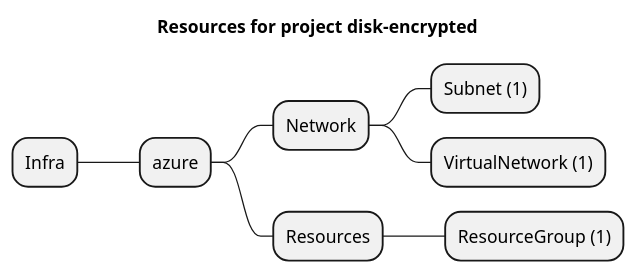
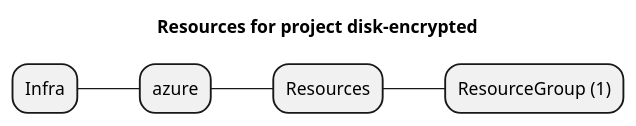
Before and after one commit to grucloud/grucloud: the diagram in examples/azure/Compute/disk-encrypted/artifacts/resources-mindmap.puml, drawn with PlantUML. The commit also changed 35 other files, not shown here.

Commit message:
update diagram svg

```diff
--- a/examples/azure/Compute/disk-encrypted/artifacts/resources-mindmap.puml
+++ b/examples/azure/Compute/disk-encrypted/artifacts/resources-mindmap.puml
@@ -1,11 +1,8 @@
 @startmindmap
 title Resources for project disk-encrypted
 skinparam monochrome true
 + Infra
 ++ azure
-+++ Network
-++++ Subnet (1)
-++++ VirtualNetwork (1)
 +++ Resources
 ++++ ResourceGroup (1)
 @endmindmap
```
